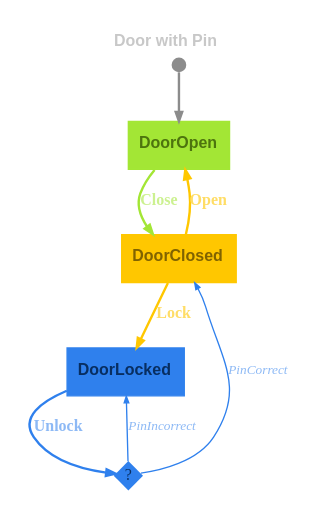
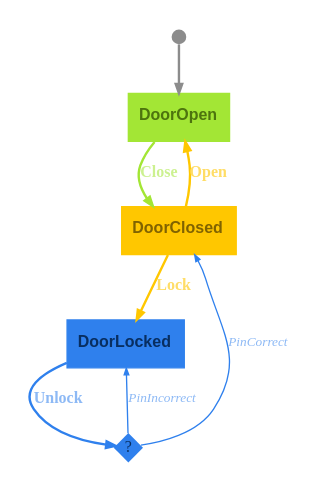
One commit to m-bock/purescript-transit changed the diagram in renders/door-pin-dark.dot. Above: the diagram before and after it, drawn with Graphviz. The commit also changed 18 other files, not shown here.

Commit message:
Update Graphviz integration in examples and documentation; refactor state diagram generation to return GraphvizGraph type, enhance tutorial examples for Door, DoorPin, and Bridges of Königsberg, and improve links in documentation for clarity and accuracy.

```diff
--- a/renders/door-pin-dark.dot
+++ b/renders/door-pin-dark.dot
@@ -1,16 +1,16 @@
 digraph 
 {
-rankdir = "TD";fontname = "Arial";label = <<b>Door with Pin</b>>;labelloc = "t";fontsize = 12;bgcolor = "#00000000";color = "#c8c8c8";fontcolor = "#c8c8c8";pad = 0.2
+rankdir = "TD";fontname = "Arial";labelloc = "t";fontsize = 12;bgcolor = "#00000000";color = "#c8c8c8";fontcolor = "#c8c8c8";pad = 0.2
 DoorOpen [shape = "box", label = <<b>DoorOpen</b>>, fontsize = 12, style = "filled", fillcolor = "#a3e635", fontcolor = "#4d740e", color = "#a3e635", fontname = "Arial", labelloc = "c", penwidth = 1.0]
 __Start__ [shape = "circle", label = "", width = 0.15, height = 0.15, fixedsize = true, style = "filled", fillcolor = "#8c8c8c", penwidth = 0.0]
 __Start__ -> DoorOpen [color = "#8c8c8c", fontsize = 12, arrowsize = "0.7", penwidth = 1.8]
 DoorOpen -> DoorClosed [color = "#a3e635", fontcolor = "#ccf190", fontsize = 12, arrowsize = "0.7", label = <<b>Close</b>>, penwidth = 1.8]
 DoorClosed [shape = "box", label = <<b>DoorClosed</b>>, fontsize = 12, style = "filled", fillcolor = "#ffc700", fontcolor = "#806300", color = "#ffc700", fontname = "Arial", labelloc = "c", penwidth = 1.0]
 DoorClosed -> DoorOpen [color = "#ffc700", fontcolor = "#ffdd66", fontsize = 12, arrowsize = "0.7", label = <<b>Open</b>>, penwidth = 1.8]
 DoorClosed -> DoorLocked [color = "#ffc700", fontcolor = "#ffdd66", fontsize = 12, arrowsize = "0.7", label = <<b>Lock</b>>, penwidth = 1.8]
 DoorLocked [shape = "box", label = <<b>DoorLocked</b>>, fontsize = 12, style = "filled", fillcolor = "#2f80ed", fontcolor = "#082e61", color = "#2f80ed", fontname = "Arial", labelloc = "c", penwidth = 1.0]
 decision_DoorLocked_Unlock [shape = "diamond", label = "?", fontsize = 12, fontcolor = "#082e61", style = "filled", fillcolor = "#2f80ed", penwidth = 0.0, fixedsize = true, width = 0.3, height = 0.3]
 DoorLocked -> decision_DoorLocked_Unlock [color = "#2f80ed", fontcolor = "#8db9f5", fontsize = 12, arrowsize = "0.7", label = <<b>Unlock</b>>, penwidth = 1.8]
 decision_DoorLocked_Unlock -> DoorLocked [color = "#2f80ed", fontcolor = "#8db9f5", fontsize = 10, arrowsize = "0.5", label = <<i>PinIncorrect</i>>, penwidth = 1.0]
 decision_DoorLocked_Unlock -> DoorClosed [color = "#2f80ed", fontcolor = "#8db9f5", fontsize = 10, arrowsize = "0.5", label = <<i>PinCorrect</i>>, penwidth = 1.0]
 }
```
